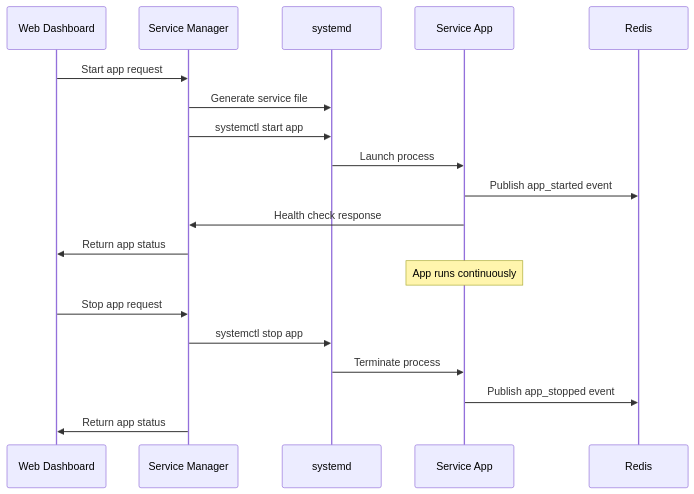
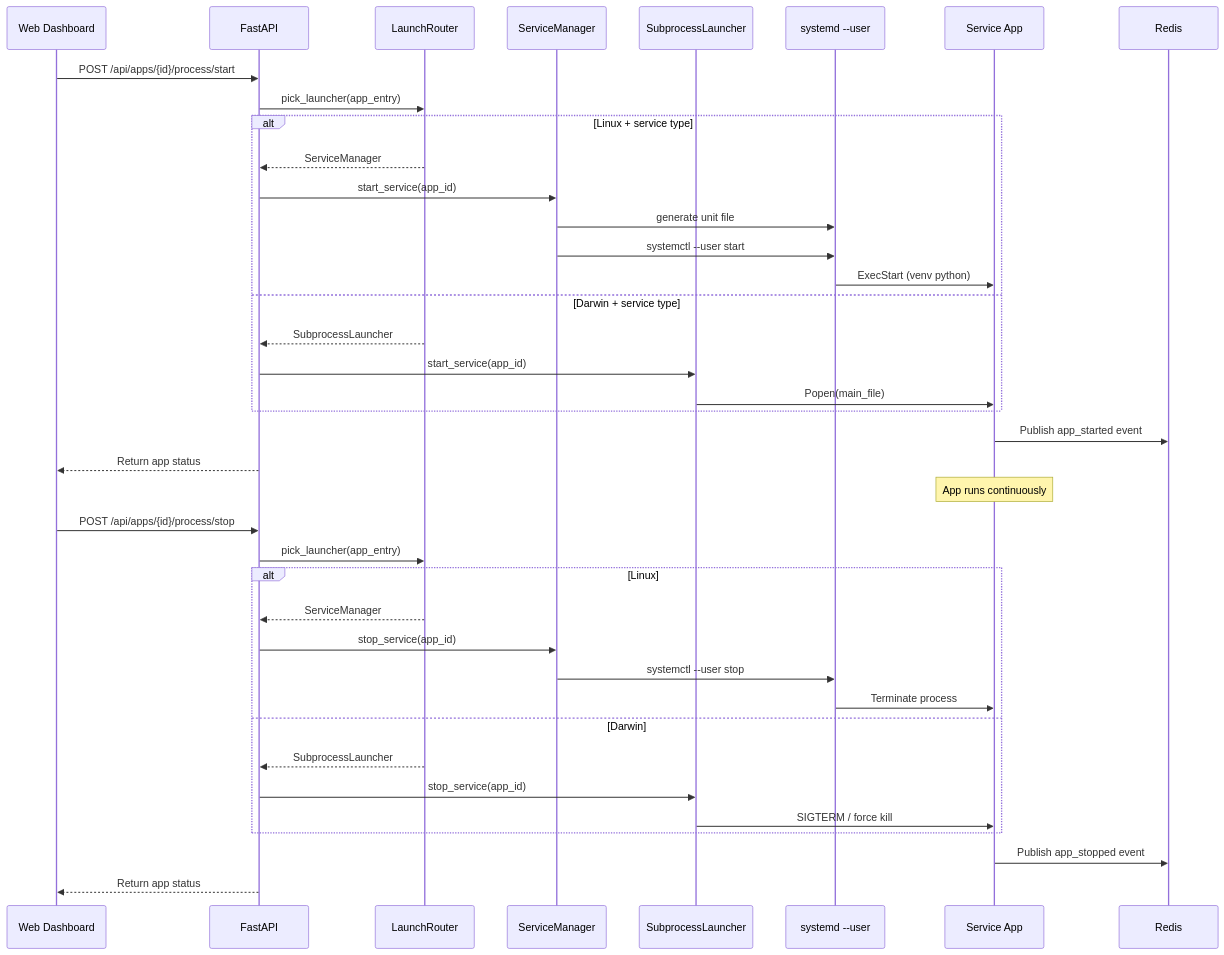
The fifth of 7 diagrams in docs/System/architecture.md (felipe-stanham/HomeHelper), drawn with Mermaid before and after one commit. The commit also changed other lines of this file and 8 other files, not shown here.

````diff
--- a/docs/System/architecture.md
+++ b/docs/System/architecture.md
@@ -268,24 +297,44 @@
 ```mermaid
 sequenceDiagram
     participant UI as Web Dashboard
-    participant SM as Service Manager
-    participant systemd as systemd
+    participant API as FastAPI
+    participant Router as LaunchRouter
+    participant SM as ServiceManager
+    participant Sub as SubprocessLauncher
+    participant systemd as systemd --user
     participant App as Service App
     participant Redis as Redis
-    
-    UI->>SM: Start app request
-    SM->>systemd: Generate service file
-    SM->>systemd: systemctl start app
-    systemd->>App: Launch process
+
+    UI->>API: POST /api/apps/{id}/process/start
+    API->>Router: pick_launcher(app_entry)
+    alt Linux + service type
+        Router-->>API: ServiceManager
+        API->>SM: start_service(app_id)
+        SM->>systemd: generate unit file
+        SM->>systemd: systemctl --user start
+        systemd->>App: ExecStart (venv python)
+    else Darwin + service type
+        Router-->>API: SubprocessLauncher
+        API->>Sub: start_service(app_id)
+        Sub->>App: Popen(main_file)
+    end
     App->>Redis: Publish app_started event
-    App->>SM: Health check response
-    SM->>UI: Return app status
-    
+    API-->>UI: Return app status
+
     Note over App: App runs continuously
-    
-    UI->>SM: Stop app request
-    SM->>systemd: systemctl stop app
-    systemd->>App: Terminate process
+
+    UI->>API: POST /api/apps/{id}/process/stop
+    API->>Router: pick_launcher(app_entry)
+    alt Linux
+        Router-->>API: ServiceManager
+        API->>SM: stop_service(app_id)
+        SM->>systemd: systemctl --user stop
+        systemd->>App: Terminate process
+    else Darwin
+        Router-->>API: SubprocessLauncher
+        API->>Sub: stop_service(app_id)
+        Sub->>App: SIGTERM / force kill
+    end
     App->>Redis: Publish app_stopped event
-    SM->>UI: Return app status
+    API-->>UI: Return app status
 ```
````
